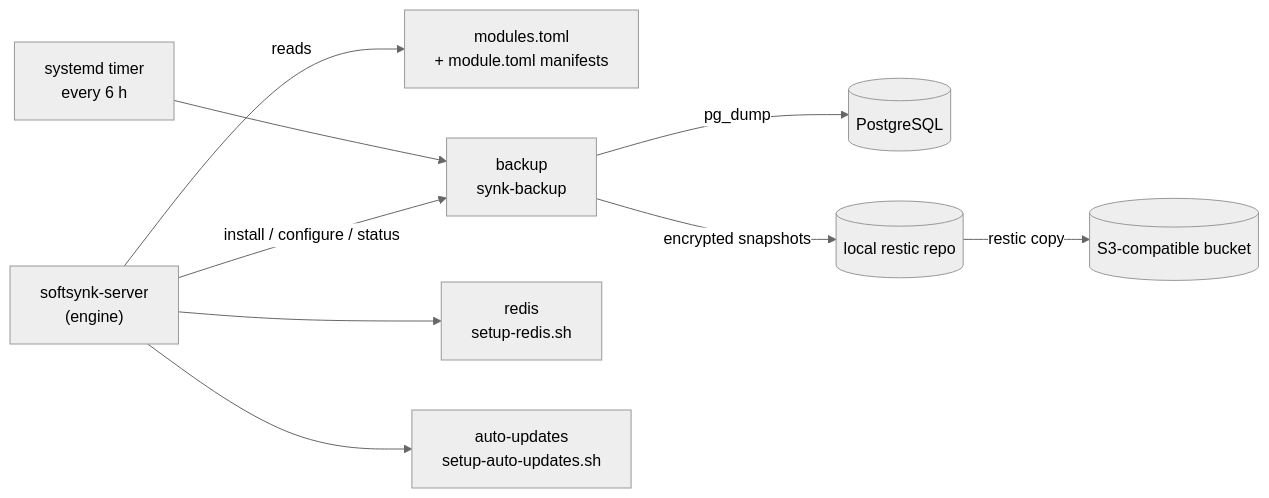
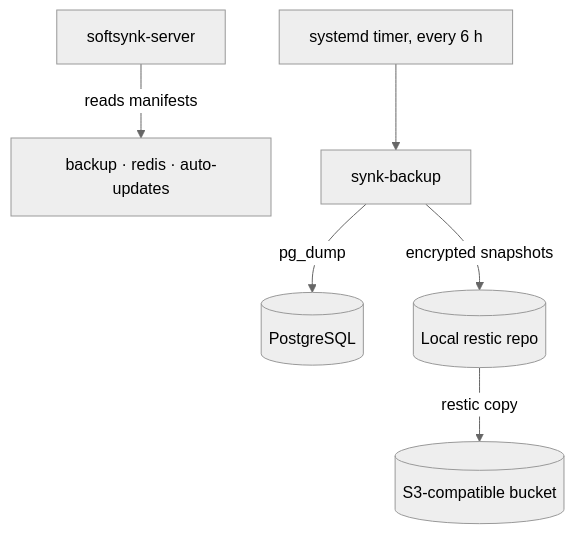
One commit to SoftSynk/server-simple-setup changed the diagram in README.md. Above: the diagram before and after it, drawn with Mermaid (neutral theme). The commit also changed other lines of this file and 1 other file, not shown here.

Commit message:
docs: restructure README as why/what/how/get-started with a real CLI screenshot

````diff
--- a/README.md
+++ b/README.md
@@ -39,11 +45,8 @@
 ```mermaid
-flowchart LR
-    CLI["softsynk-server<br/>(engine)"] -->|reads| REG["modules.toml<br/>+ module.toml manifests"]
-    CLI -->|install / configure / status| B["backup<br/>synk-backup"]
-    CLI --> R["redis<br/>setup-redis.sh"]
-    CLI --> U["auto-updates<br/>setup-auto-updates.sh"]
-    T["systemd timer<br/>every 6 h"] --> B
-    B -->|pg_dump| PG[(PostgreSQL)]
-    B -->|encrypted snapshots| L[("local restic repo")]
+flowchart TD
+    CLI["softsynk-server"] -->|reads manifests| M["backup · redis · auto-updates"]
+    T["systemd timer, every 6 h"] --> B["synk-backup"]
+    B -->|pg_dump| PG[("PostgreSQL")]
+    B -->|encrypted snapshots| L[("Local restic repo")]
     L -->|restic copy| S3[("S3-compatible bucket")]
 ```
````
